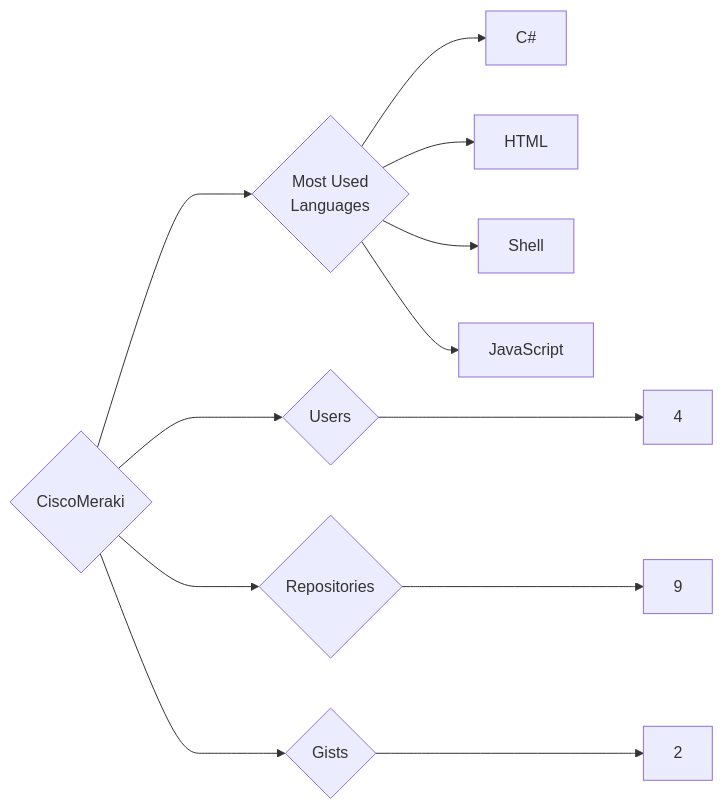
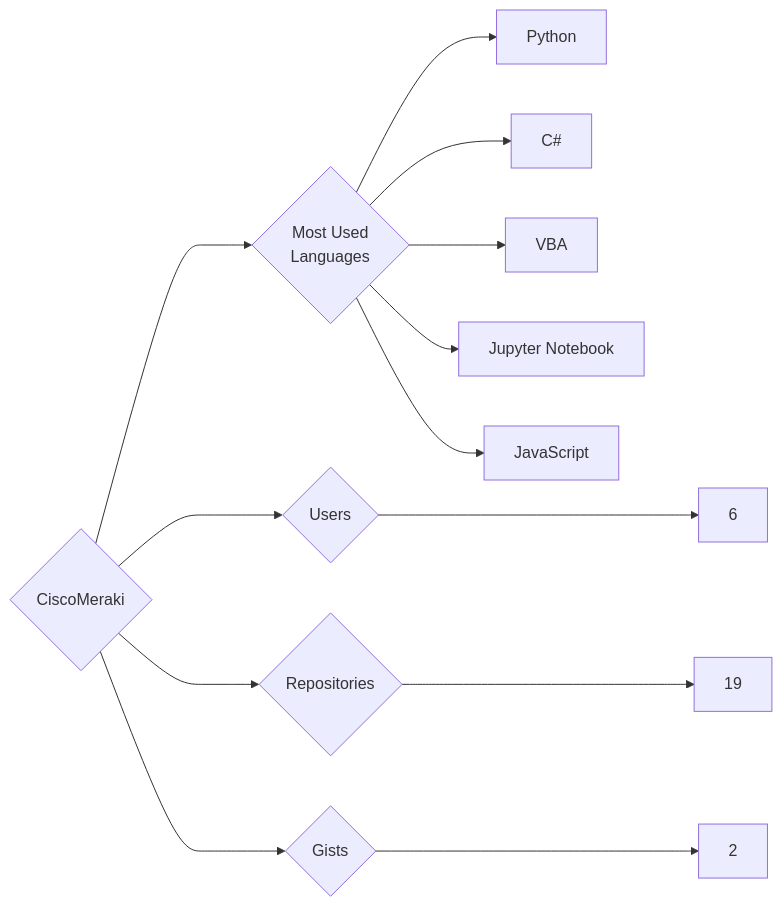
One commit to trickest/insiders changed the diagram in targets/CiscoMeraki/README.md. Above: the diagram before and after it, drawn with Mermaid. The commit also changed 1149 other files, not shown here.

````diff
--- a/targets/CiscoMeraki/README.md
+++ b/targets/CiscoMeraki/README.md
@@ -3,12 +3,13 @@
 ```mermaid
 graph LR
 COMPANY_NAME{CiscoMeraki}
-COMPANY_NAME ---> U{Users} ---> UN[4]
-COMPANY_NAME ---> R{Repositories} ---> RN[9]
+COMPANY_NAME ---> U{Users} ---> UN[6]
+COMPANY_NAME ---> R{Repositories} ---> RN[19]
 COMPANY_NAME ---> G{Gists} ---> GN[2]
 COMPANY_NAME ---> ML{Most Used<br>Languages}
+ML --> Python[Python]
 ML --> C#[C#]
-ML --> HTML[HTML]
-ML --> Shell[Shell]
+ML --> VBA[VBA]
+ML --> Jupyter_Notebook[Jupyter Notebook]
 ML --> JavaScript[JavaScript]
 ```
````
